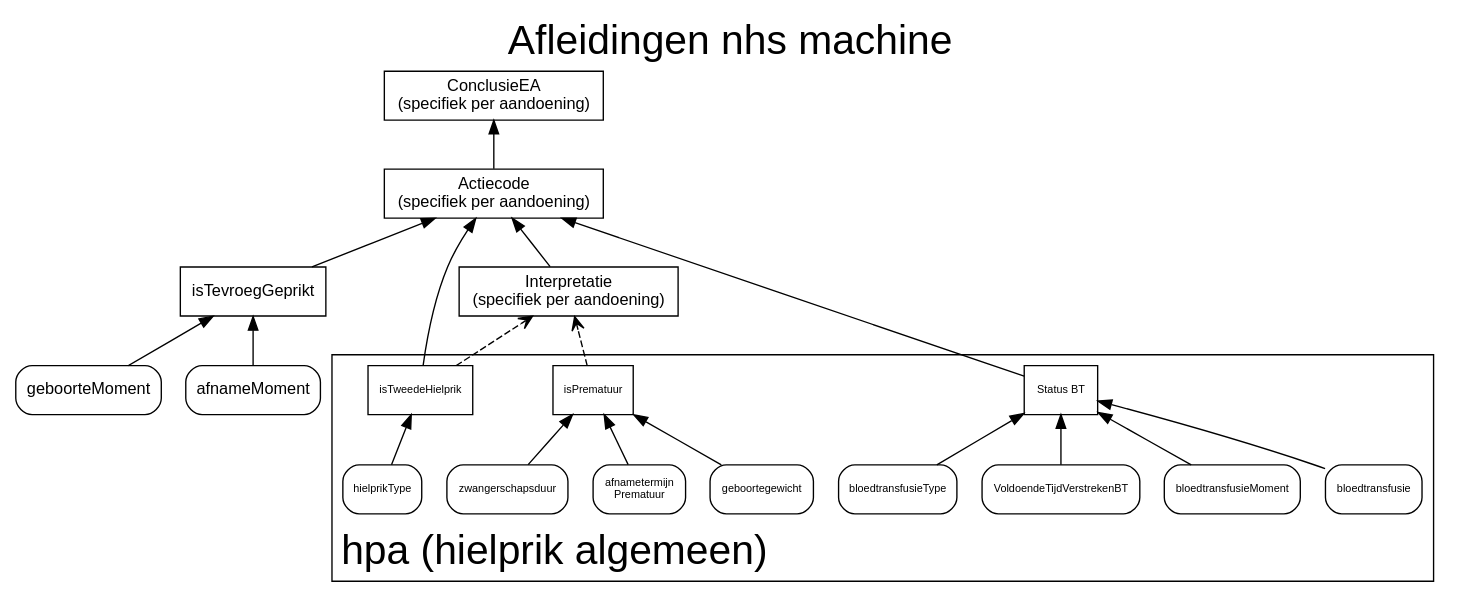
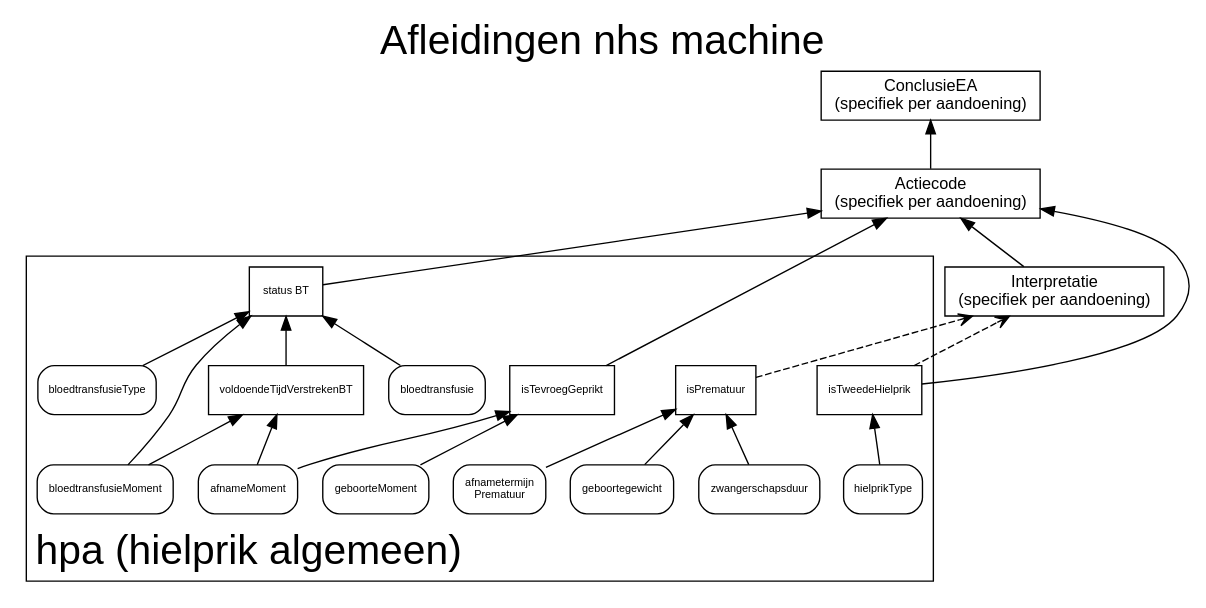
One commit to hanjoosten/KOGITO-8362 changed the diagram in src/main/resources/nhs-dmn/afleidingen-nhs-machine.gv. Above: the diagram before and after it, drawn with Graphviz. The commit also changed 4 other files, not shown here.

```diff
--- a/src/main/resources/nhs-dmn/afleidingen-nhs-machine.gv
+++ b/src/main/resources/nhs-dmn/afleidingen-nhs-machine.gv
@@ -1,62 +1,66 @@
 digraph mygraph {
   rankdir="BT"
   fontname="Helvetica,Arial,sans-serif"
   concentrate=true
 graph [charset="UTF-8"
        fontsize=30
        labelloc="t" 
        label="Afleidingen nhs machine" 
        layout="dot"
        splines=true 
        overlap=false 
        rankdir = "BT"]
 
   node [fontname="Helvetica,Arial,sans-serif"
         shape=Mrecord
         fontsize=12]
   edge [fontname="Helvetica,Arial,sans-serif"]
 
   subgraph cluster_0 {
     label = "hpa (hielprik algemeen)"; // hielprik algemeen 
     node [fontsize=8];
     labelloc="t"
     labeljust=l
 
   isTweedeHielprik [shape=box]
     hielprikType -> isTweedeHielprik
 
   isPrematuur [shape=box]
     "afnametermijn\nPrematuur" -> isPrematuur
     zwangerschapsduur -> isPrematuur
     geboortegewicht -> isPrematuur
 
-  "Status BT"[shape=box]
-    bloedtransfusie -> "Status BT"
-    bloedtransfusieMoment -> "Status BT"
-    VoldoendeTijdVerstrekenBT -> "Status BT"
-    bloedtransfusieType -> "Status BT"
+  "status BT"[shape=box]
+    bloedtransfusie -> "status BT"
+    bloedtransfusieMoment -> "status BT"
+    voldoendeTijdVerstrekenBT -> "status BT"
+    bloedtransfusieType -> "status BT"
+
+  isTevroegGeprikt [shape=box]
+    geboorteMoment -> isTevroegGeprikt
+    afnameMoment -> isTevroegGeprikt
+
+  voldoendeTijdVerstrekenBT [shape=box]
+    afnameMoment -> voldoendeTijdVerstrekenBT
+    bloedtransfusieMoment -> voldoendeTijdVerstrekenBT
   }
 
   ConclusieEA [shape=box label= "ConclusieEA\n (specifiek per aandoening)"]
     Actiecode -> ConclusieEA
 
   Actiecode [shape=box label= "Actiecode\n (specifiek per aandoening)"]
     Interpretatie -> Actiecode
-    "Status BT" -> Actiecode
+    "status BT" -> Actiecode
     isTevroegGeprikt -> Actiecode
     isTweedeHielprik -> Actiecode
-
-  isTevroegGeprikt [shape=box]
-    geboorteMoment -> isTevroegGeprikt
-    afnameMoment -> isTevroegGeprikt
 
 
   Interpretatie [shape=box, label= "Interpretatie\n (specifiek per aandoening)"]
    isPrematuur -> Interpretatie [style=dashed arrowhead=open]
    isTweedeHielprik -> Interpretatie [style=dashed arrowhead=open]
   
 
 
 
 
  }
```
